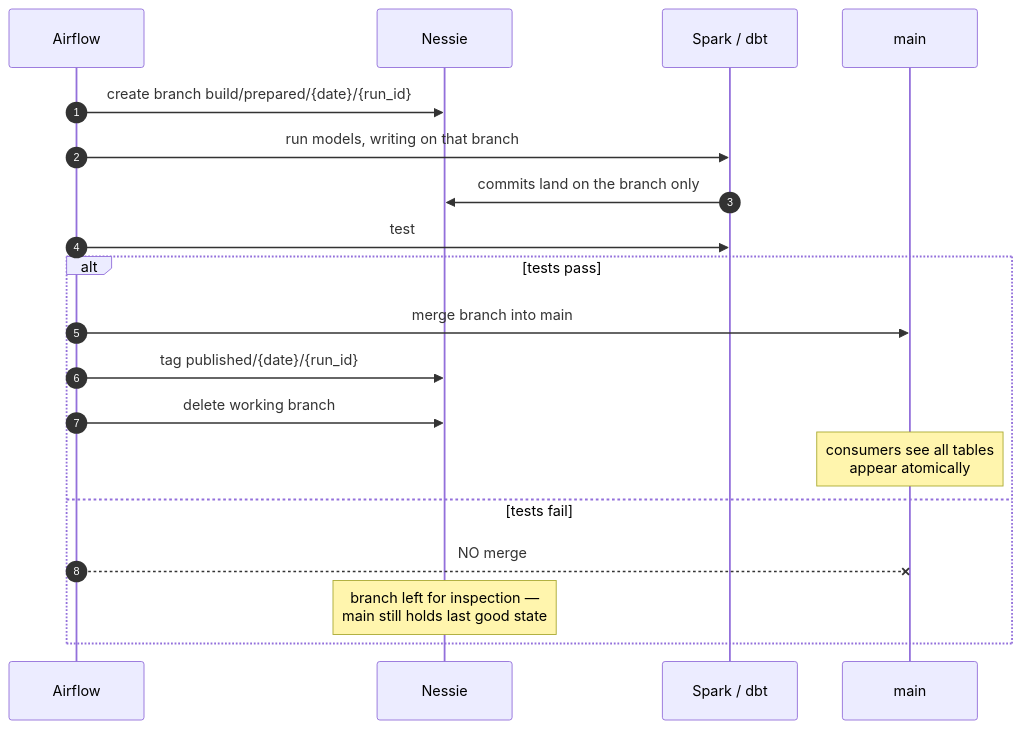
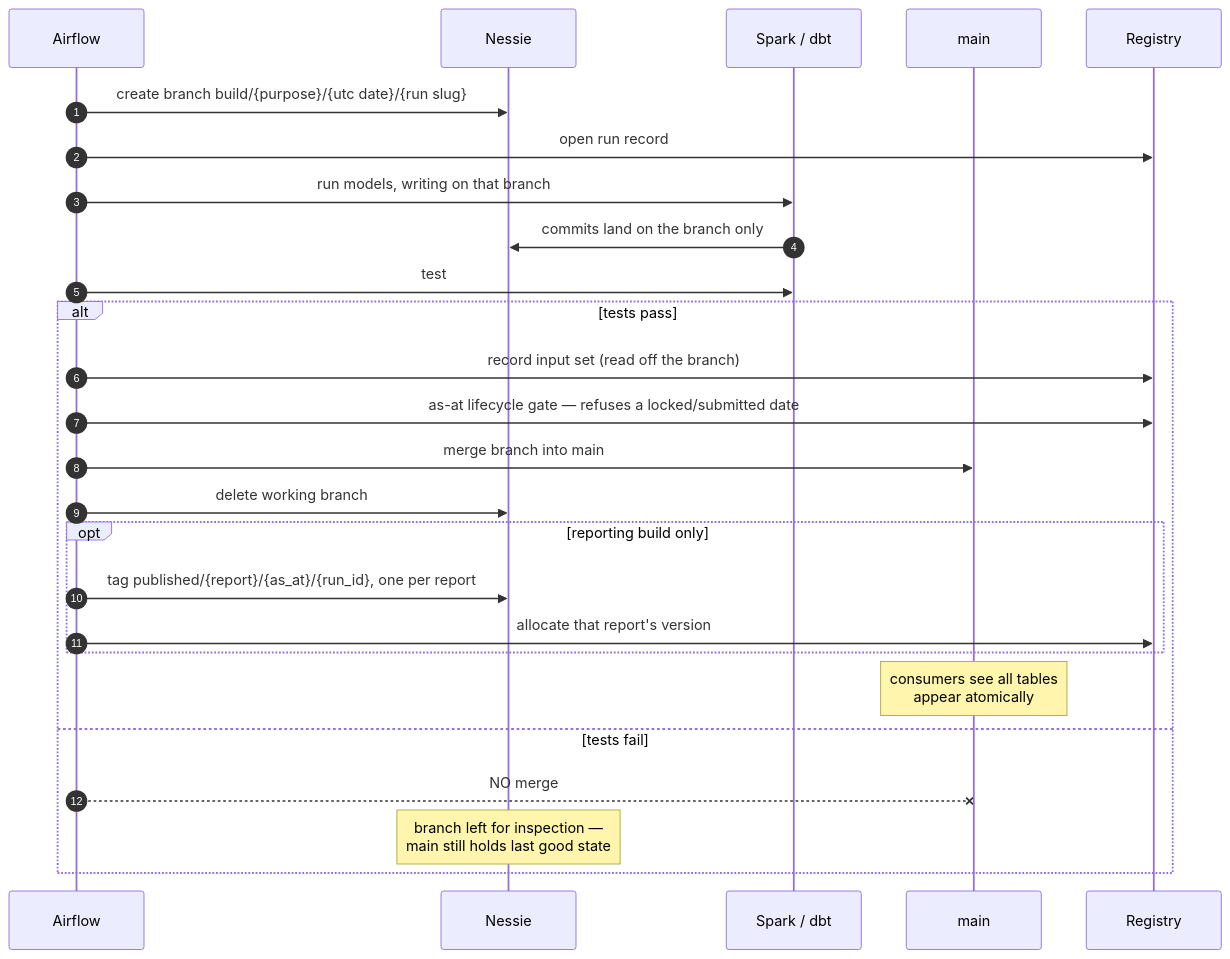
The fourth of 8 diagrams in README.md (RichardFellows/reporting-platform-local), drawn with Mermaid before and after one commit. The commit also changed other lines of this file and 1 other file, not shown here.

First line of the commit message:
docs(readme): correct stale claims; add end-to-end and deployment diagrams

````diff
--- a/README.md
+++ b/README.md
@@ -150,22 +152,30 @@
 ```mermaid
 sequenceDiagram
     autonumber
     participant AF as Airflow
     participant N as Nessie
     participant S as Spark / dbt
     participant M as main
 
-    AF->>N: create branch build/prepared/{date}/{run_id}
+    participant R as Registry
+
+    AF->>N: create branch build/{purpose}/{utc date}/{run slug}
+    AF->>R: open run record
     AF->>S: run models, writing on that branch
     S->>N: commits land on the branch only
     AF->>S: test
     alt tests pass
+        AF->>R: record input set (read off the branch)
+        AF->>R: as-at lifecycle gate — refuses a locked/submitted date
         AF->>M: merge branch into main
-        AF->>N: tag published/{date}/{run_id}
         AF->>N: delete working branch
+        opt reporting build only
+            AF->>N: tag published/{report}/{as_at}/{run_id}, one per report
+            AF->>R: allocate that report's version
+        end
         Note over M: consumers see all tables<br/>appear atomically
     else tests fail
         AF--xM: NO merge
         Note over N: branch left for inspection —<br/>main still holds last good state
     end
 ```
````
